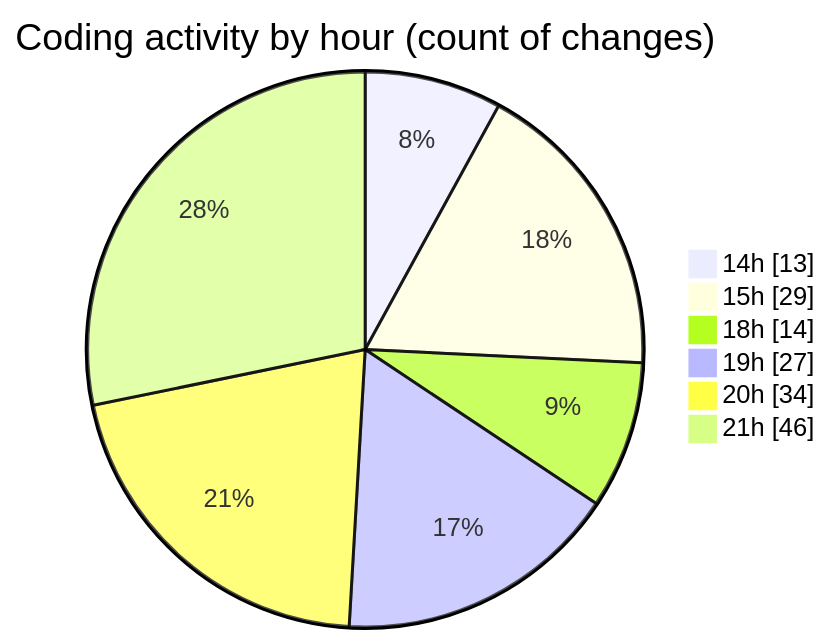
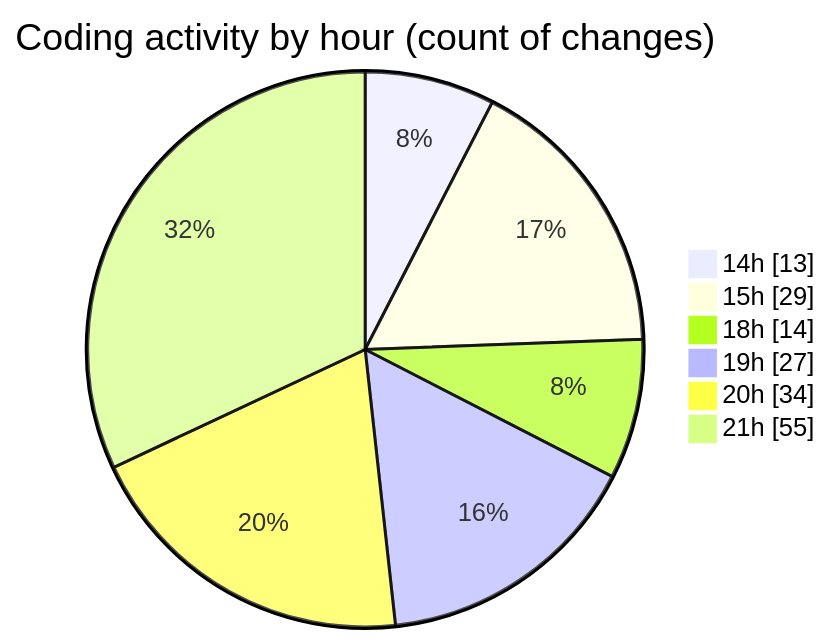
One commit to Ritupan-Deka/code-tracking changed the second of 2 diagrams in 2025-06-23/scopecraft/README.md. Above: the diagram before and after it, drawn with Mermaid. The commit also changed other lines of this file and 1 other file, not shown here.

````diff
--- a/2025-06-23/scopecraft/README.md
+++ b/2025-06-23/scopecraft/README.md
@@ -55,10 +58,10 @@
 ```mermaid
 pie showData
 title Coding activity by hour (count of changes)
 "14h" : 13
 "15h" : 29
 "18h" : 14
 "19h" : 27
 "20h" : 34
-"21h" : 46
+"21h" : 55
 ```
````
